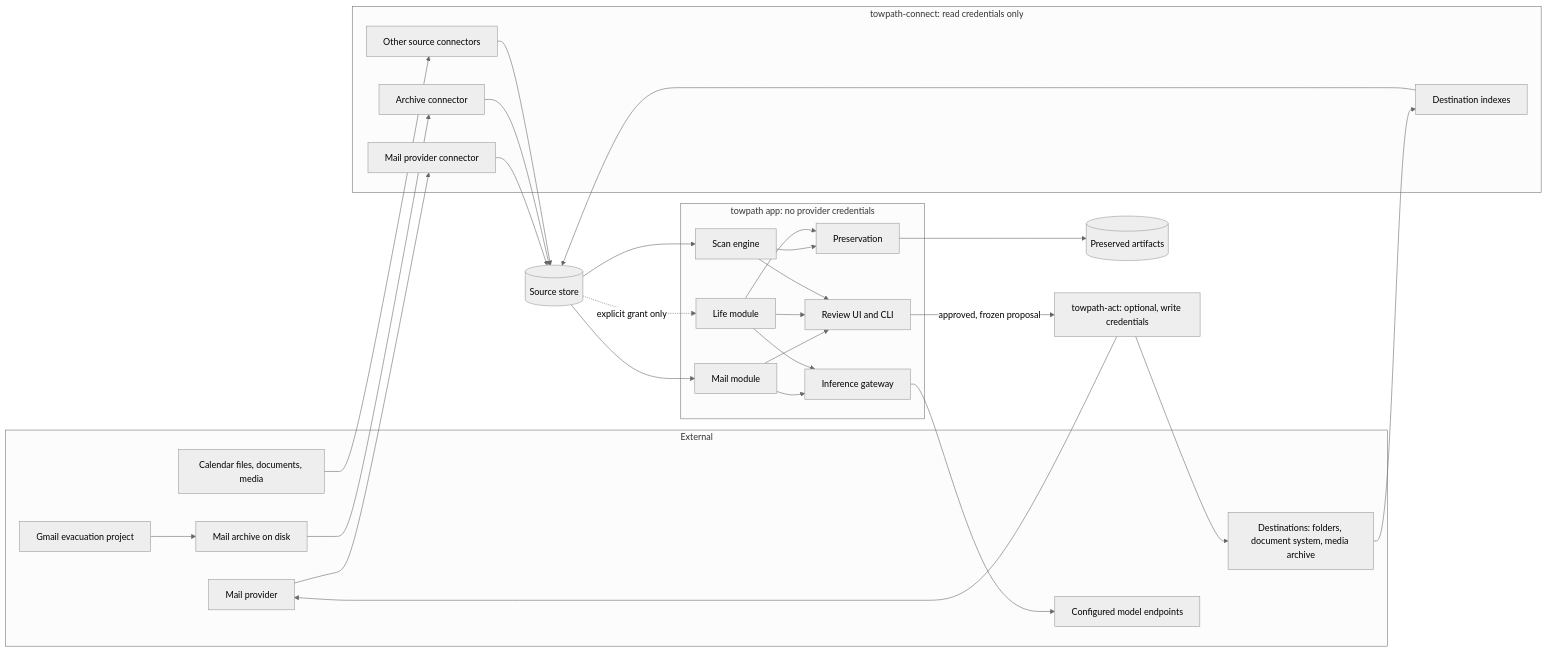
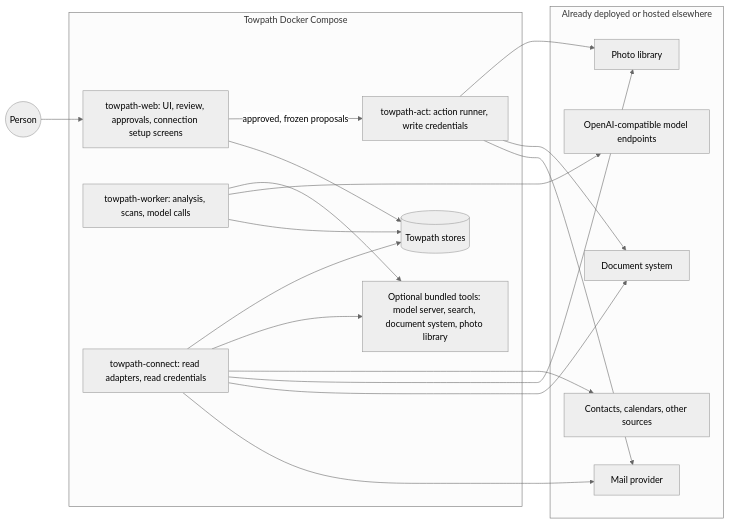
The diagram in docs/architecture.md (endthestart/towpath), drawn with Mermaid (neutral theme) before and after one commit. The commit also changed other lines of this file and 15 other files, not shown here.

First line of the commit message:
Reframe Towpath as an integrate-first front end; separate mail migration

````diff
--- a/docs/architecture.md
+++ b/docs/architecture.md
@@ -19,56 +33,36 @@
 ```mermaid
 flowchart LR
-    subgraph External
-        Provider[Mail provider]
-        ArchiveFiles[Mail archive on disk]
-        Files[Calendar files, documents, media]
-        Endpoint[Configured model endpoints]
-        Evac[Gmail evacuation project]
-        Dest[Destinations: folders, document system, media archive]
+    Person((Person)) --> Web
+
+    subgraph Compose[Towpath Docker Compose]
+        Web[towpath-web: UI, review, approvals, connection setup screens]
+        Worker[towpath-worker: analysis, scans, model calls]
+        Connect[towpath-connect: read adapters, read credentials]
+        Act[towpath-act: action runner, write credentials]
+        DB[(Towpath stores)]
+        Bundled[Optional bundled tools: model server, search, document system, photo library]
     end
 
-    subgraph Connect[towpath-connect: read credentials only]
-        MailConn[Mail provider connector]
-        ArchConn[Archive connector]
-        OtherConn[Other source connectors]
-        DestIdx[Destination indexes]
+    subgraph External[Already deployed or hosted elsewhere]
+        Mail[Mail provider]
+        Docs[Document system]
+        Photos[Photo library]
+        Other[Contacts, calendars, other sources]
+        Models[OpenAI-compatible model endpoints]
     end
 
-    subgraph App[towpath app: no provider credentials]
-        Mail[Mail module]
-        Life[Life module]
-        Scan[Scan engine]
-        Keep[Preservation]
-        Gateway[Inference gateway]
-        Review[Review UI and CLI]
-    end
-
-    Act[towpath-act: optional, write credentials]
-
-    Provider --> MailConn
-    ArchiveFiles --> ArchConn
-    Files --> OtherConn
-    MailConn --> SourceStore[(Source store)]
-    ArchConn --> SourceStore
-    OtherConn --> SourceStore
-    Dest --> DestIdx
-    DestIdx --> SourceStore
-
-    SourceStore --> Mail
-    SourceStore -. explicit grant only .-> Life
-    SourceStore --> Scan
-    Scan --> Keep
-    Life --> Keep
-    Keep --> Vault[(Preserved artifacts)]
-    Mail --> Gateway
-    Life --> Gateway
-    Gateway --> Endpoint
-    Mail --> Review
-    Life --> Review
-
-    Scan --> Review
-    Review -- approved, frozen proposal --> Act
-    Act --> Provider
-    Act --> Dest
-    Evac --> ArchiveFiles
+    Connect --> Mail
+    Connect --> Docs
+    Connect --> Photos
+    Connect --> Other
+    Connect --> Bundled
+    Connect --> DB
+    Worker --> DB
+    Worker --> Models
+    Worker --> Bundled
+    Web --> DB
+    Web -- approved, frozen proposals --> Act
+    Act --> Mail
+    Act --> Docs
+    Act --> Photos
 ```
````
